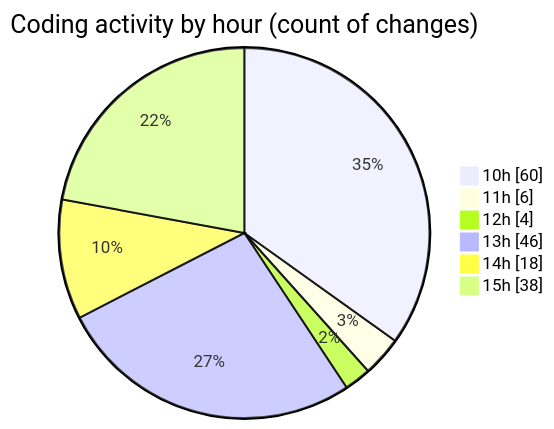
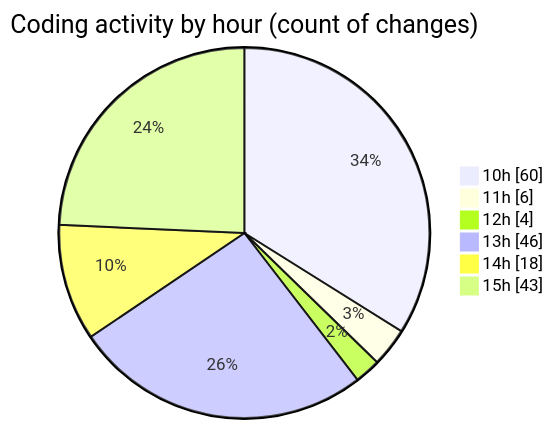
The second of 2 diagrams in 2026-06-18/cda/README.md (momahboobian/code-tracking), drawn with Mermaid before and after one commit. The commit also changed other lines of this file and 1 other file, not shown here.

````diff
--- a/2026-06-18/cda/README.md
+++ b/2026-06-18/cda/README.md
@@ -81,10 +81,10 @@
 ```mermaid
 pie showData
 title Coding activity by hour (count of changes)
 "10h" : 60
 "11h" : 6
 "12h" : 4
 "13h" : 46
 "14h" : 18
-"15h" : 38
+"15h" : 43
 ```
````
